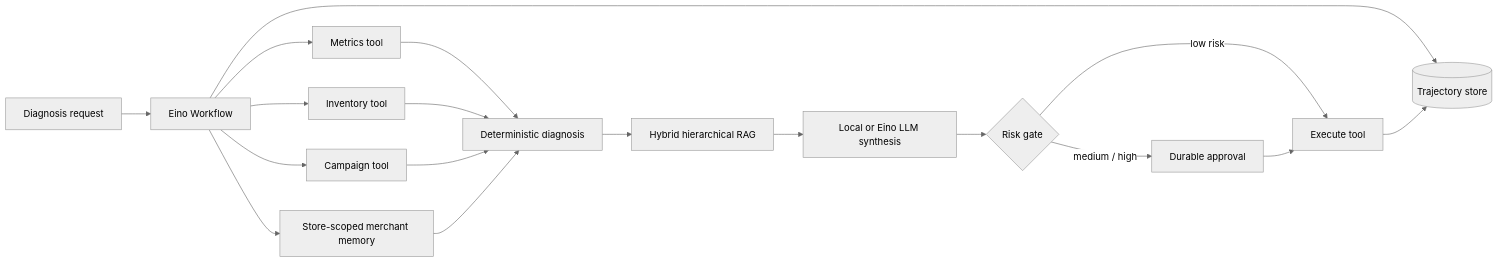
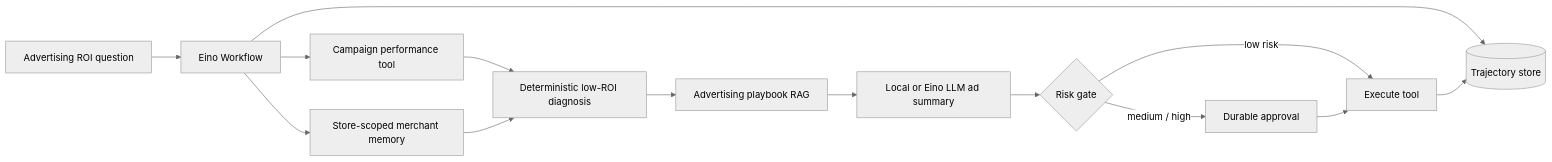
The second of 2 diagrams in README.md (inv1sion/EvoOps), drawn with Mermaid (neutral theme) before and after one commit. The commit also changed other lines of this file and 22 other files, not shown here.

Commit message:
refactor: focus agent on advertising ROI

````diff
--- a/README.md
+++ b/README.md
@@ -57,20 +57,16 @@
 ```mermaid
 flowchart LR
-    Q[Diagnosis request] --> W[Eino Workflow]
-    W --> M[Metrics tool]
-    W --> I[Inventory tool]
-    W --> C[Campaign tool]
+    Q[Advertising ROI question] --> W[Eino Workflow]
+    W --> C[Campaign performance tool]
     W --> L[Store-scoped merchant memory]
-    M --> D[Deterministic diagnosis]
-    I --> D
-    C --> D
+    C --> D[Deterministic low-ROI diagnosis]
     L --> D
-    D --> R[Hybrid hierarchical RAG]
-    R --> S[Local or Eino LLM synthesis]
+    D --> R[Advertising playbook RAG]
+    R --> S[Local or Eino LLM ad summary]
     S --> G{Risk gate}
     G -->|low risk| X[Execute tool]
     G -->|medium / high| H[Durable approval]
     H --> X
     W --> T[(Trajectory store)]
     X --> T
 ```
````
